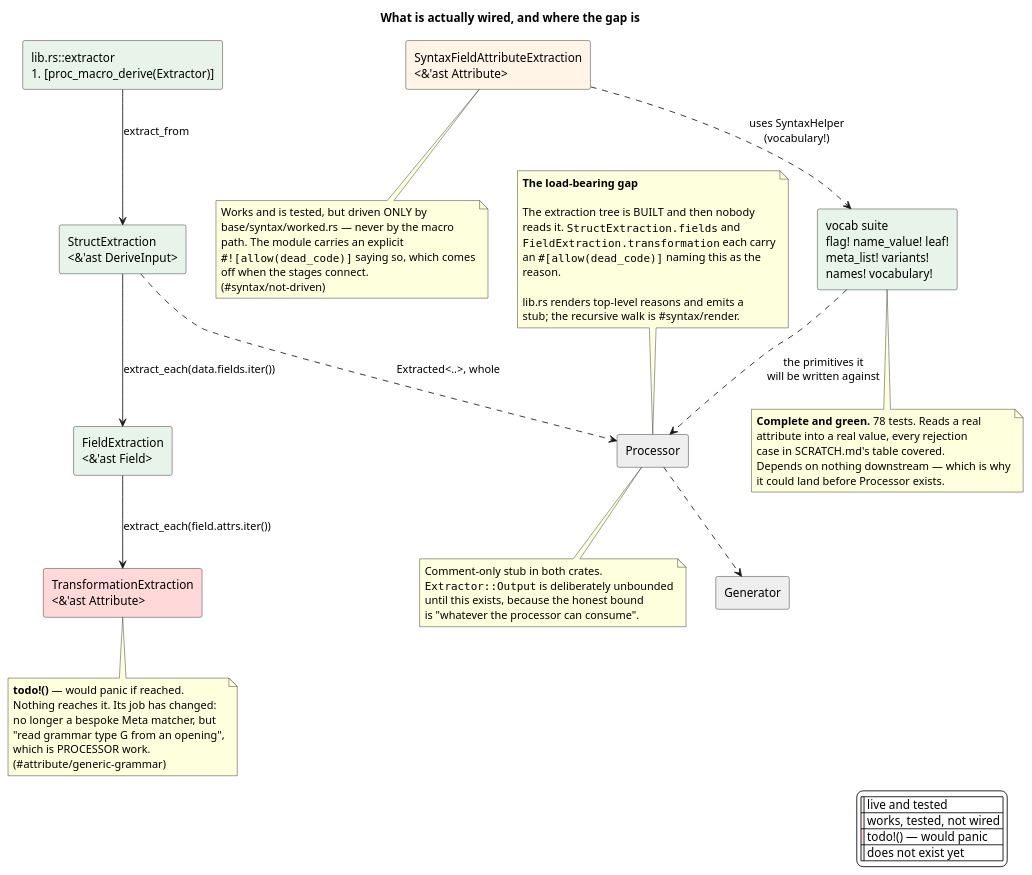
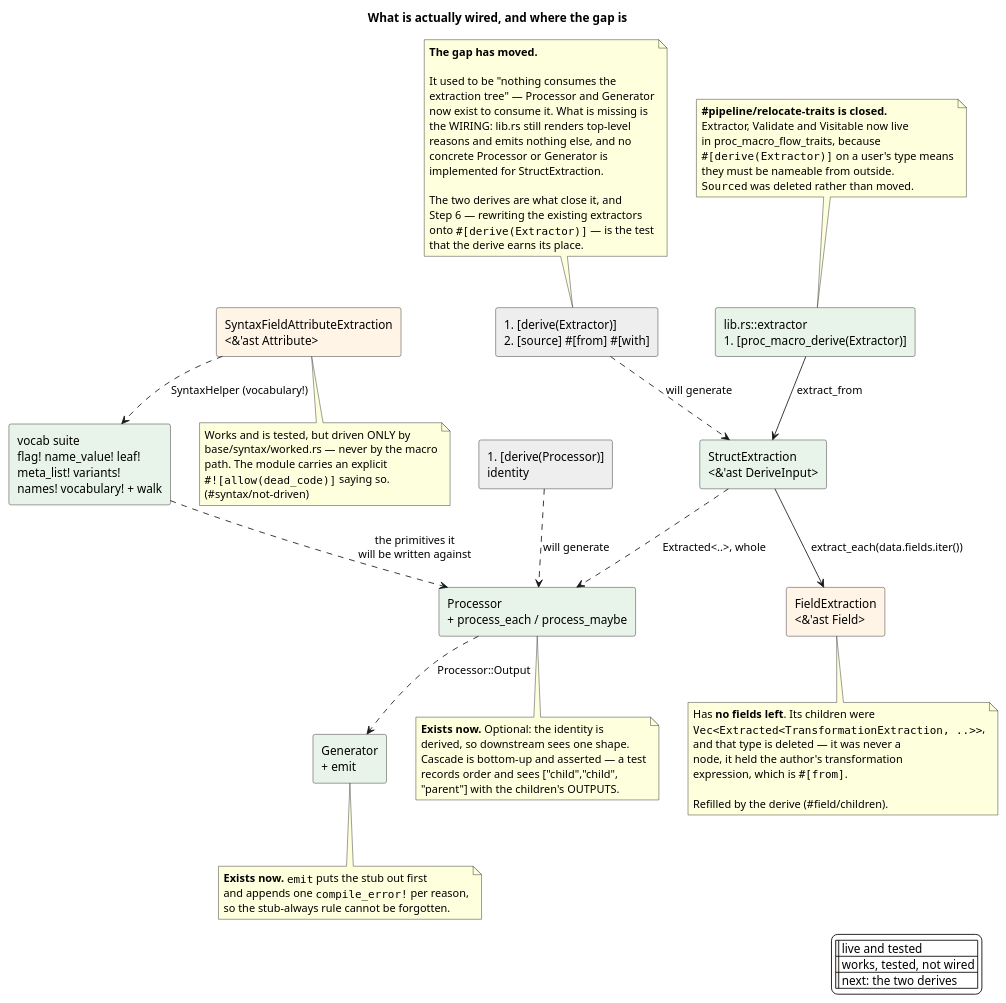
The diagram in docs/design/03-pipeline-status.puml (nzuzomagagula/proc-macro-flow), drawn with PlantUML before and after one commit. The commit also changed 6 other files, not shown here.

```diff
--- a/docs/design/03-pipeline-status.puml
+++ b/docs/design/03-pipeline-status.puml
@@ -1,84 +1,101 @@
 @startuml pipeline-status
 title What is actually wired, and where the gap is
 
 skinparam shadowing false
 skinparam legendBackgroundColor #FFFFFF
 
 rectangle "lib.rs::extractor\n#[proc_macro_derive(Extractor)]" as Entry #E8F4EA
 
 rectangle "StructExtraction\n<&'ast DeriveInput>" as S #E8F4EA
-rectangle "FieldExtraction\n<&'ast Field>" as F #E8F4EA
-rectangle "TransformationExtraction\n<&'ast Attribute>" as T #FFD9D9
+rectangle "FieldExtraction\n<&'ast Field>" as F #FFF4E5
 rectangle "SyntaxFieldAttributeExtraction\n<&'ast Attribute>" as Y #FFF4E5
 
-rectangle "vocab suite\nflag! name_value! leaf!\nmeta_list! variants!\nnames! vocabulary!" as V #E8F4EA
+rectangle "vocab suite\nflag! name_value! leaf!\nmeta_list! variants!\nnames! vocabulary! + walk" as V #E8F4EA
 
-rectangle "Processor" as P #EEEEEE
-rectangle "Generator" as G #EEEEEE
+rectangle "Processor\n+ process_each / process_maybe" as P #E8F4EA
+rectangle "Generator\n+ emit" as G #E8F4EA
+
+rectangle "#[derive(Extractor)]\n#[source] #[from] #[with]" as DE #EEEEEE
+rectangle "#[derive(Processor)]\nidentity" as DP #EEEEEE
 
 Entry --> S : extract_from
 S --> F : extract_each(data.fields.iter())
-F --> T : extract_each(field.attrs.iter())
 
 S ..> P : Extracted<..>, whole
-P ..> G
+P ..> G : Processor::Output
 
 V ..> P : the primitives it\nwill be written against
-Y ..> V : uses SyntaxHelper\n(vocabulary!)
+Y ..> V : SyntaxHelper (vocabulary!)
 
-note bottom of T
-  **todo!()** — would panic if reached.
-  Nothing reaches it. Its job has changed:
-  no longer a bespoke Meta matcher, but
-  "read grammar type G from an opening",
-  which is PROCESSOR work.
-  (#attribute/generic-grammar)
+DE ..> S : will generate
+DP ..> P : will generate
+
+note bottom of F
+  Has **no fields left**. Its children were
+  ""Vec<Extracted<TransformationExtraction, ..>>"",
+  and that type is deleted — it was never a
+  node, it held the author's transformation
+  expression, which is ""#[from]"".
+
+  Refilled by the derive (#field/children).
 end note
 
 note bottom of Y
   Works and is tested, but driven ONLY by
   base/syntax/worked.rs — never by the macro
   path. The module carries an explicit
-  ""#![allow(dead_code)]"" saying so, which comes
-  off when the stages connect.
+  ""#![allow(dead_code)]"" saying so.
   (#syntax/not-driven)
 end note
 
-note bottom of V
-  **Complete and green.** 78 tests. Reads a real
-  attribute into a real value, every rejection
-  case in SCRATCH.md's table covered.
-  Depends on nothing downstream — which is why
-  it could land before Processor exists.
+note bottom of P
+  **Exists now.** Optional: the identity is
+  derived, so downstream sees one shape.
+  Cascade is bottom-up and asserted — a test
+  records order and sees ["child","child",
+  "parent"] with the children's OUTPUTS.
 end note
 
-note bottom of P
-  Comment-only stub in both crates.
-  ""Extractor::Output"" is deliberately unbounded
-  until this exists, because the honest bound
-  is "whatever the processor can consume".
+note bottom of G
+  **Exists now.** ""emit"" puts the stub out first
+  and appends one ""compile_error!"" per reason,
+  so the stub-always rule cannot be forgotten.
 end note
 
 legend right
   |<#E8F4EA>| live and tested |
   |<#FFF4E5>| works, tested, not wired |
-  |<#FFD9D9>| todo!() — would panic |
-  |<#EEEEEE>| does not exist yet |
+  |<#EEEEEE>| next: the two derives |
 endlegend
 
 note as Gap
-  **The load-bearing gap**
+  **The gap has moved.**
 
-  The extraction tree is BUILT and then nobody
-  reads it. ""StructExtraction.fields"" and
-  ""FieldExtraction.transformation"" each carry
-  an ""#[allow(dead_code)]"" naming this as the
-  reason.
+  It used to be "nothing consumes the
+  extraction tree" — Processor and Generator
+  now exist to consume it. What is missing is
+  the WIRING: lib.rs still renders top-level
+  reasons and emits nothing else, and no
+  concrete Processor or Generator is
+  implemented for StructExtraction.
 
-  lib.rs renders top-level reasons and emits a
-  stub; the recursive walk is #syntax/render.
+  The two derives are what close it, and
+  Step 6 — rewriting the existing extractors
+  onto ""#[derive(Extractor)]"" — is the test
+  that the derive earns its place.
 end note
 
-Gap .. P
+Gap .. DE
+
+note as Closed
+  **#pipeline/relocate-traits is closed.**
+  Extractor, Validate and Visitable now live
+  in proc_macro_flow_traits, because
+  ""#[derive(Extractor)]"" on a user's type means
+  they must be nameable from outside.
+  ""Sourced"" was deleted rather than moved.
+end note
+
+Closed .. Entry
 
 @enduml
```
